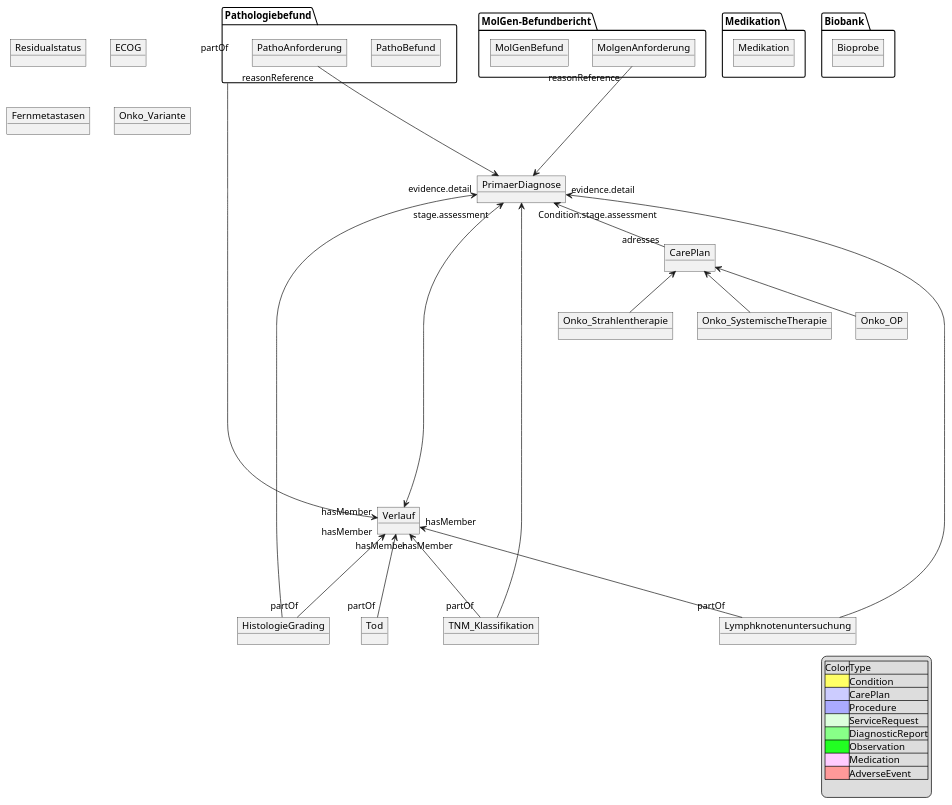
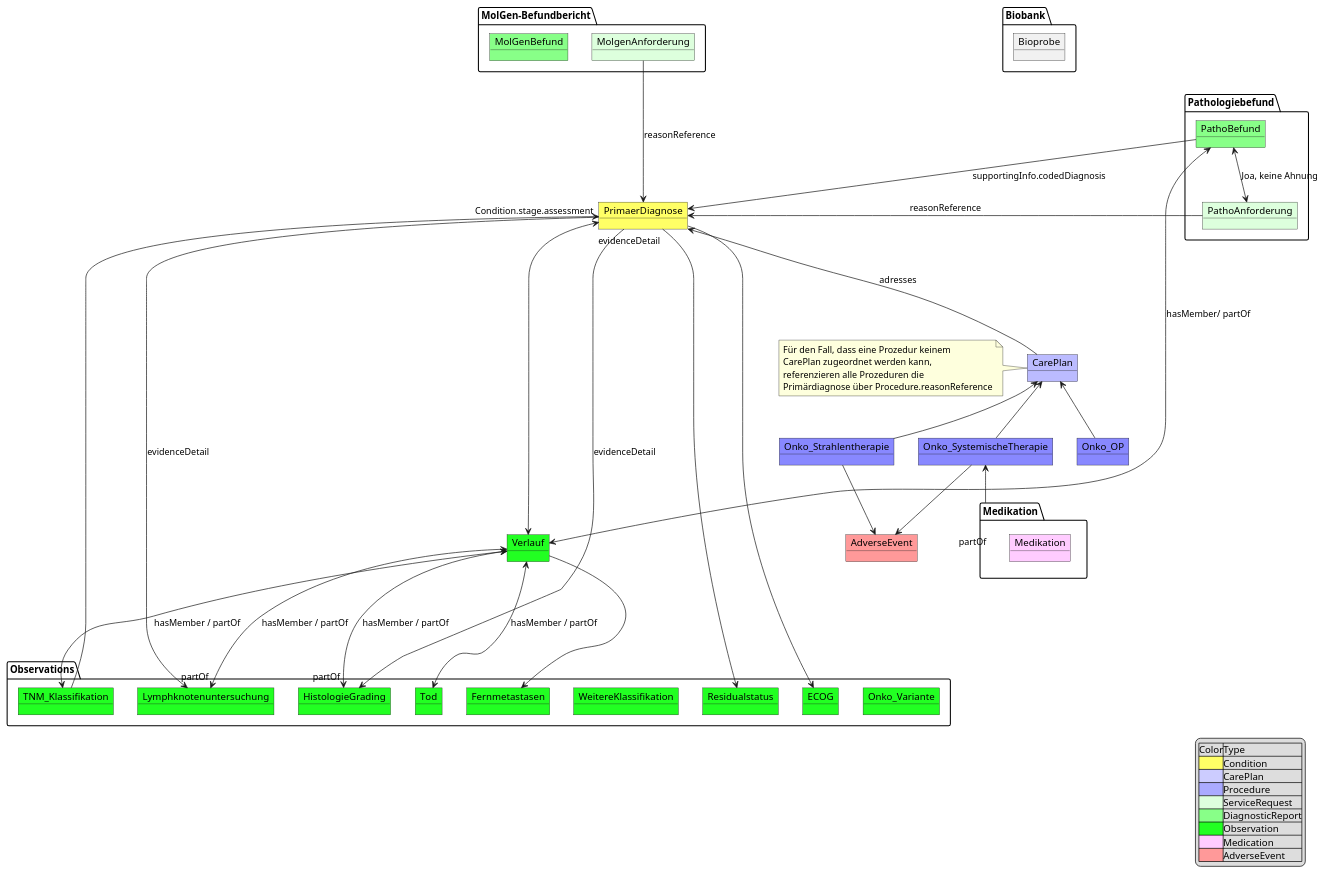
One commit to medizininformatik-initiative/kerndatensatzmodul-onkologie changed the diagram in information_model/MII_Onko_UML.pu. Above: the diagram before and after it, drawn with PlantUML. The commit also changed 5 other files, not shown here.

```diff
--- a/information_model/MII_Onko_UML.pu
+++ b/information_model/MII_Onko_UML.pu
@@ -1,65 +1,90 @@
 @startuml MII KDS Erweiterungsmodul Onkologie
-object Onko_OP
-object Onko_Strahlentherapie 
-object Onko_SystemischeTherapie
-object CarePlan
+object Onko_OP #8888FF
+object Onko_Strahlentherapie #8888FF
+object Onko_SystemischeTherapie #8888FF
+object CarePlan #BBBBFF
+note left of CarePlan 
+  Für den Fall, dass eine Prozedur keinem 
+  CarePlan zugeordnet werden kann,
+  referenzieren alle Prozeduren die 
+  Primärdiagnose über Procedure.reasonReference
+end note
 
-CarePlan <-- Onko_OP
+CarePlan <-- Onko_OP 
 CarePlan <-- Onko_Strahlentherapie
 CarePlan <-- Onko_SystemischeTherapie
-object PrimaerDiagnose
-object TNM_Klassifikation
+package "Medikation" {
+    object Medikation #FFCCFF
+}
+Onko_SystemischeTherapie <--"partOf" Medikation 
+object PrimaerDiagnose #FFFF66
+
+package Observations{
+    object Onko_Variante #22FF22
+    object Fernmetastasen #22FF22
+    object TNM_Klassifikation #22FF22
+    object WeitereKlassifikation #22FF22 
+    object Lymphknotenuntersuchung #22FF22
+    object HistologieGrading #22FF22
+    object Residualstatus #22FF22
+    object ECOG #22FF22
+    object Tod #22FF22
+}
+
+Residualstatus <--- "evidenceDetail"PrimaerDiagnose
+ECOG <--- PrimaerDiagnose
+
+
 PrimaerDiagnose "Condition.stage.assessment"<--- TNM_Klassifikation
-PrimaerDiagnose <-- "adresses" CarePlan
-object Lymphknotenuntersuchung
-PrimaerDiagnose "evidence.detail" <--- Lymphknotenuntersuchung
-object HistologieGrading
-PrimaerDiagnose "evidence.detail" <--- HistologieGrading
+PrimaerDiagnose <---  CarePlan : adresses
+PrimaerDiagnose  ---> Lymphknotenuntersuchung: evidenceDetail
+PrimaerDiagnose  ---> HistologieGrading : evidenceDetail
 
-object Residualstatus
-object ECOG
-object Fernmetastasen
-object Tod 
-object Verlauf
-PrimaerDiagnose "stage.assessment" <------->  Verlauf 
-Verlauf "hasMember"<---"partOf" Tod
-Verlauf "hasMember" <--- "partOf" TNM_Klassifikation
-Verlauf "hasMember"<--- "partOf" Lymphknotenuntersuchung
-Verlauf "hasMember"<--- "partOf" HistologieGrading
-Verlauf "hasMember"<--- "partOf" Pathologiebefund
+
+object Verlauf #22FF22
+PrimaerDiagnose <----->  Verlauf 
+Verlauf <---> Tod: hasMember / partOf
+Verlauf <---> TNM_Klassifikation: hasMember / partOf
+Verlauf <---> "partOf" Lymphknotenuntersuchung : hasMember / partOf
+Verlauf <---> "partOf" HistologieGrading : hasMember / partOf
 package "Pathologiebefund" {
-    object PathoBefund
-    object PathoAnforderung
+    object PathoAnforderung #DDFFDD
+    object PathoBefund #88FF88
 
 }
+PathoBefund <--> PathoAnforderung : Joa, keine Ahnung
+PathoBefund --> PrimaerDiagnose :supportingInfo.codedDiagnosis
+
+Verlauf <---> PathoBefund: hasMember/ partOf
 package "MolGen-Befundbericht" {
-    object MolgenAnforderung
-    object MolGenBefund
+    object MolgenAnforderung #DDFFDD
+    object MolGenBefund #88FF88
 }
-PathoAnforderung "reasonReference" ---> PrimaerDiagnose
-MolgenAnforderung "reasonReference" ---> PrimaerDiagnose
-object Onko_Variante
-package "Medikation" {
-    object Medikation
-}
+PathoAnforderung  ---> PrimaerDiagnose : reasonReference
+MolgenAnforderung ---> PrimaerDiagnose: reasonReference
+
 package "Biobank" {
     object Bioprobe 
 }
+object AdverseEvent #FF9999
+Onko_SystemischeTherapie --> AdverseEvent
+Onko_Strahlentherapie --> AdverseEvent
+
+
+
+Fernmetastasen <--- Verlauf
 
 legend right 
 |Color|Type|
 |<#FFFF66>|Condition|
 |<#CCCCFF>|CarePlan|
 |<#AAAAFF>|Procedure|
 |<#DDFFDD>|ServiceRequest|
 |<#88FF88>|DiagnosticReport|
 |<#22FF22>|Observation|
 |<#FFCCFF>|Medication|
 |<#FF9999>|AdverseEvent|
-
 endlegend
 
 
-
-
 @enduml
```
